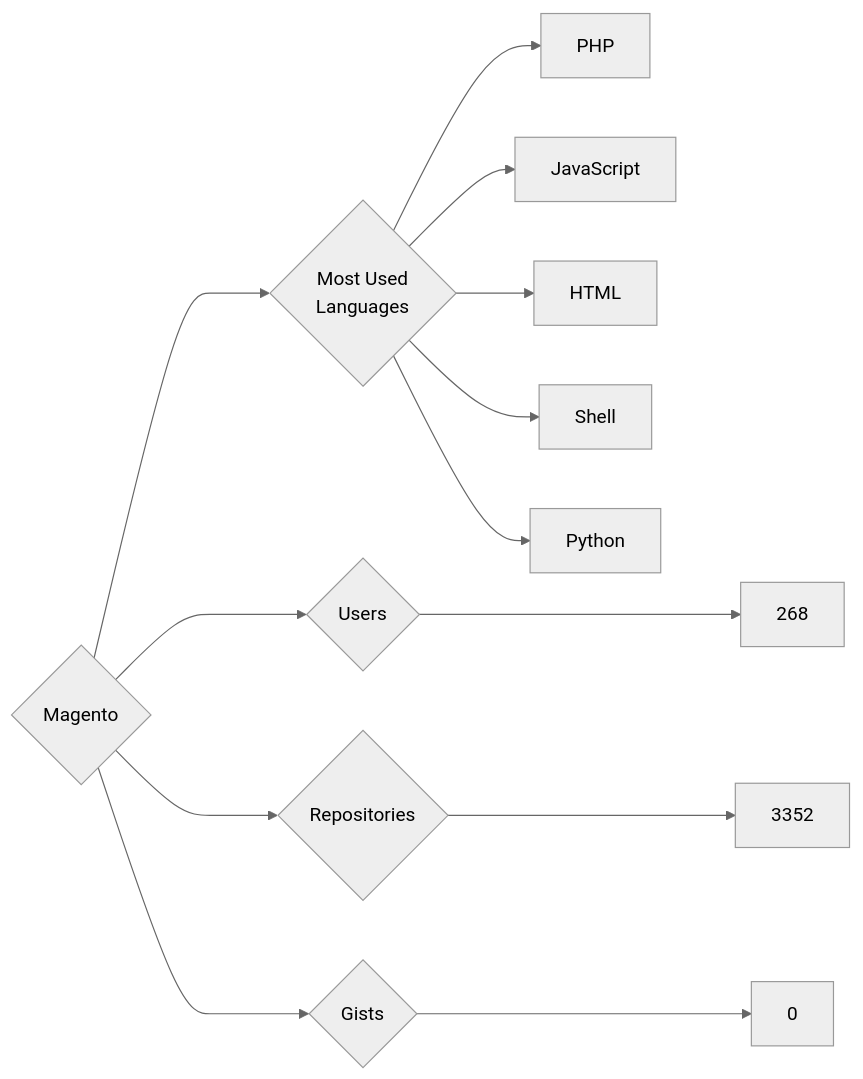
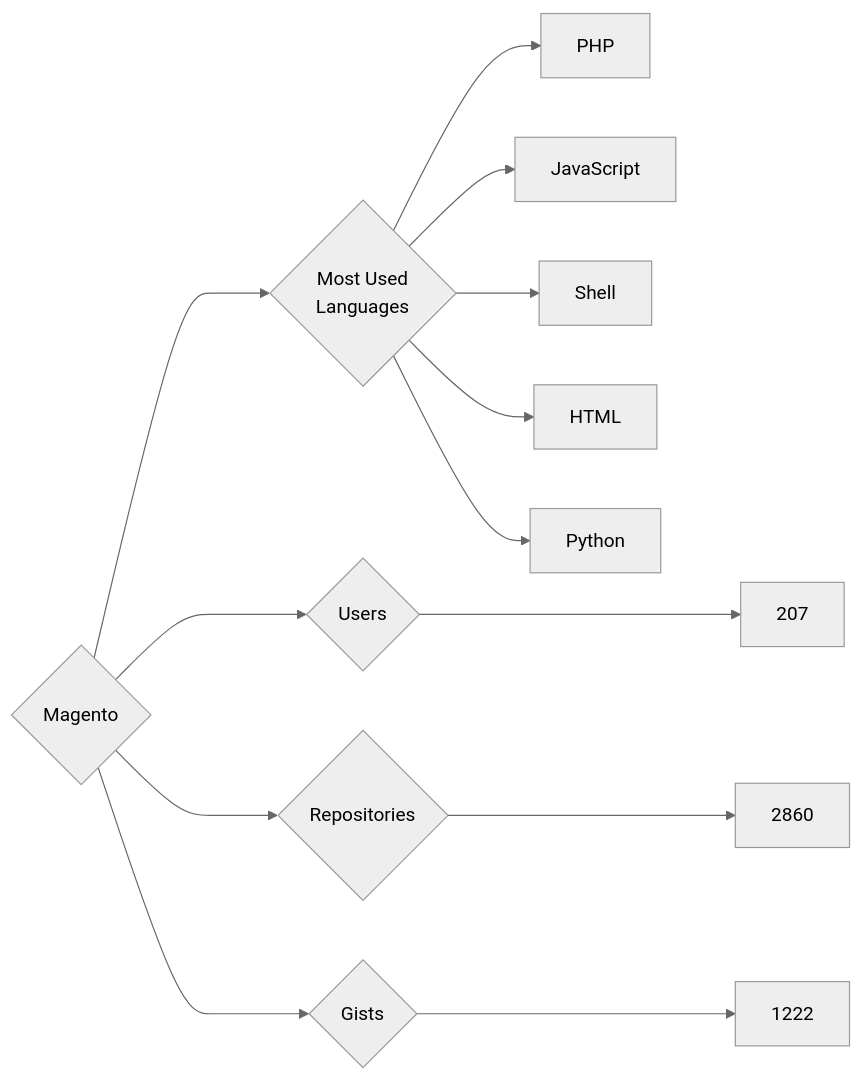
The diagram in targets/Magento/README.md (trickest/insiders), drawn with Mermaid (neutral theme) before and after one commit. The commit also changed 932 other files, not shown here.

````diff
--- a/targets/Magento/README.md
+++ b/targets/Magento/README.md
@@ -3,13 +3,13 @@
 ```mermaid
 graph LR
 COMPANY_NAME{Magento}
-COMPANY_NAME ---> U{Users} ---> UN[268]
-COMPANY_NAME ---> R{Repositories} ---> RN[3352]
-COMPANY_NAME ---> G{Gists} ---> GN[0]
+COMPANY_NAME ---> U{Users} ---> UN[207]
+COMPANY_NAME ---> R{Repositories} ---> RN[2860]
+COMPANY_NAME ---> G{Gists} ---> GN[1222]
 COMPANY_NAME ---> ML{Most Used<br>Languages}
 ML --> PHP[PHP]
 ML --> JavaScript[JavaScript]
+ML --> Shell[Shell]
 ML --> HTML[HTML]
-ML --> Shell[Shell]
 ML --> Python[Python]
 ```
````
